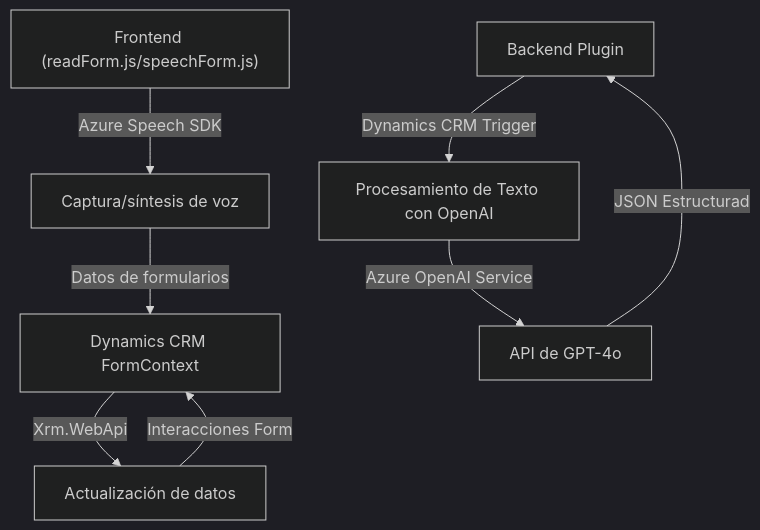
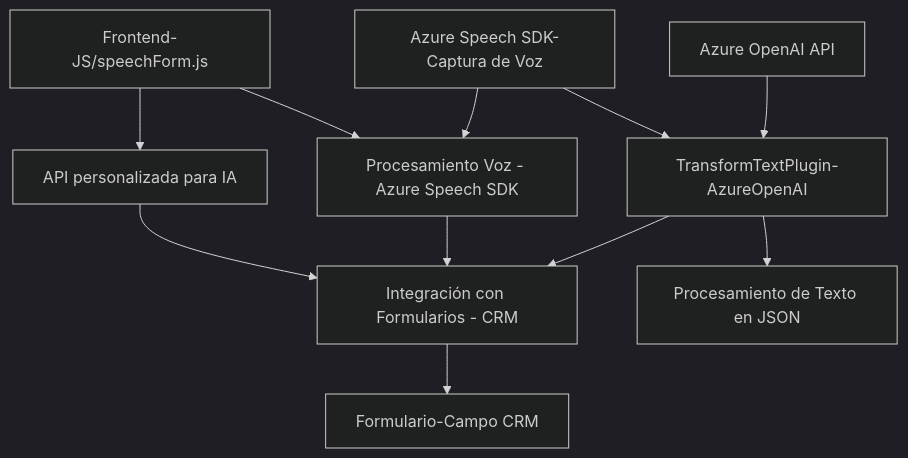
The diagram in README.md (blopezdm/NETCORE_BILBAO2025), drawn with Mermaid (dark theme) before and after one commit. The commit also changed other lines of this file, not shown here.

Commit message:
Actualizar análisis global de la solución con IA

````diff
--- a/README.md
+++ b/README.md
@@ -38,13 +48,13 @@
 ```mermaid
 graph TD
-    A["Frontend (readForm.js/speechForm.js)"] --Azure Speech SDK--> B["Captura/síntesis de voz"]
-    B["Captura/síntesis de voz"] --Datos de formularios--> C["Dynamics CRM FormContext"]
-    
-    C["Dynamics CRM FormContext"] --Xrm.WebApi--> D["Actualización de datos"]
-
-    E["Backend Plugin (TransformTextWithAzureAI.cs)"] --Dynamics CRM Trigger--> F["Procesamiento de Texto con OpenAI"]
-    F["Procesamiento de Texto con OpenAI"] --Azure OpenAI Service--> G["API de GPT-4o"]
-    G["API de GPT-4o"] --JSON Estructurado--> E["Backend Plugin"]
-
-    D["Actualización de datos"] --Interacciones Form--> C
+    A["Frontend-JS/speechForm.js"] --> B["Procesamiento Voz - Azure Speech SDK"]
+    A --> C["API personalizada para IA"]
+    C --> D["Integración con Formularios - CRM"]
+    B --> D
+    E["TransformTextPlugin-AzureOpenAI"] --> D
+    F["Azure Speech SDK-Captura de Voz"] --> B
+    F --> E
+    G["Azure OpenAI API"] --> E
+    E --> H["Procesamiento de Texto en JSON"]
+    D --> I["Formulario-Campo CRM"]
 ```
````
